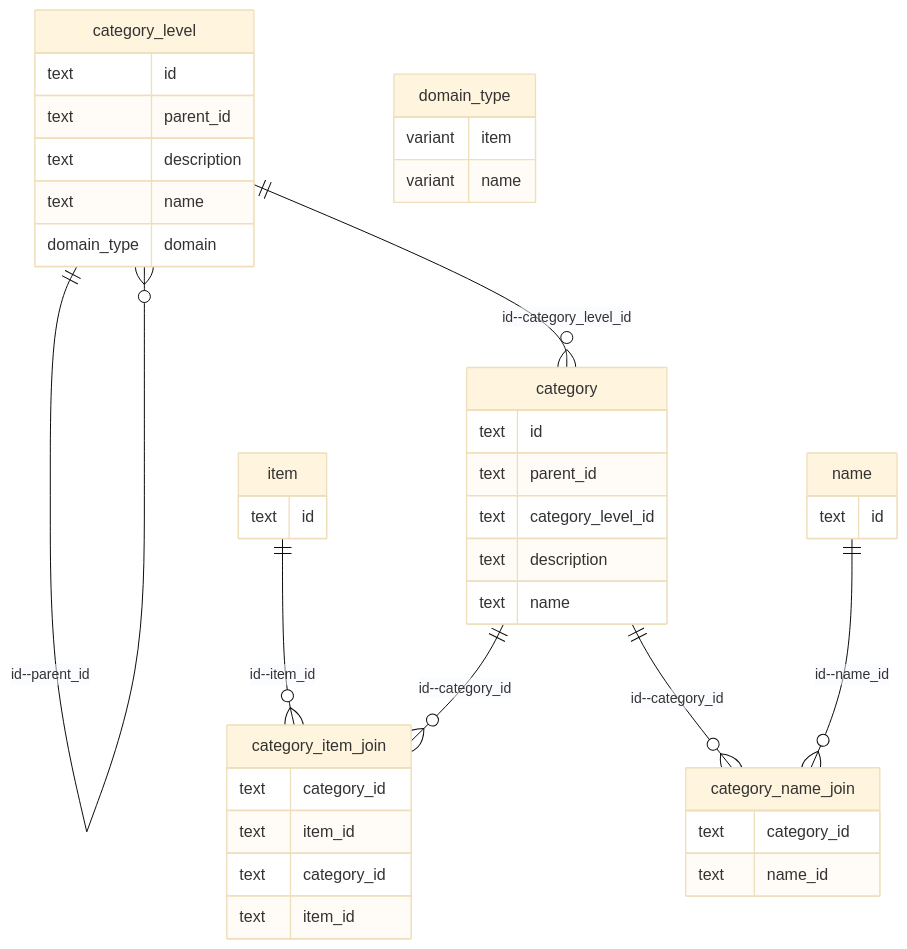
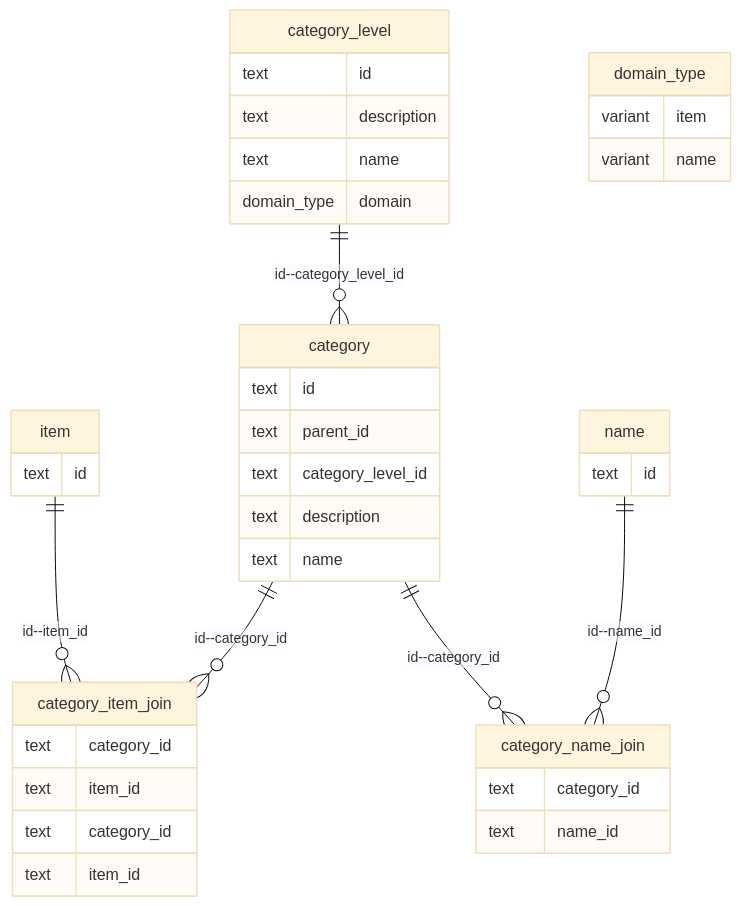
The diagram in categories and properties.md (msupply-foundation/open-msupply), drawn with Mermaid (base theme) before and after one commit. The commit also changed other lines of this file and 1 other file, not shown here.

````diff
--- a/categories and properties.md
+++ b/categories and properties.md
@@ -14,46 +14,44 @@
 ```mermaid
 erDiagram
-    category_level ||--o{ category_level : id--parent_id
     category_level ||--o{ category : id--category_level_id
     item ||--o{ category_item_join : id--item_id
     category ||--o{ category_item_join : id--category_id
     category ||--o{ category_name_join : id--category_id
     name ||--o{ category_name_join : id--name_id
     category_level {
         text id
-        text parent_id
         text description
         text name
         domain_type domain
     }
     category {
         text id
         text parent_id
         text category_level_id
         text description
         text name
     }
     category_item_join {
         text category_id
         text item_id
     }
     
     category_item_join {
         text category_id
         text item_id
     }
     name {
         text id
     }
     item {
         text id
     }
     category_name_join {
         text category_id
         text name_id
     }
     domain_type {
         variant item
         variant name
     }
 ```
````
